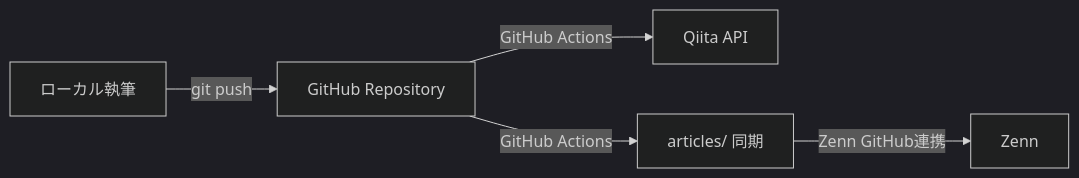
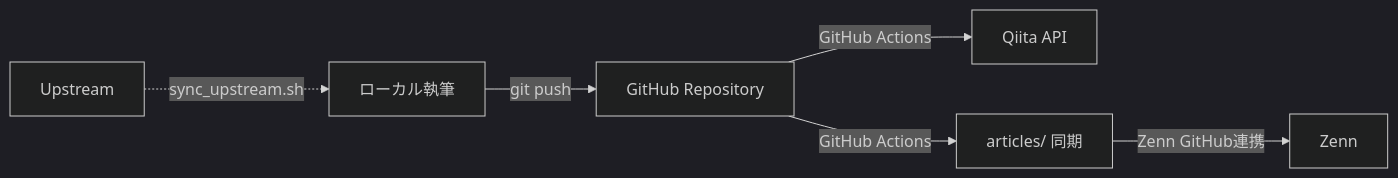
Before and after one commit to HiroyukiFuruno/katana-blogs: the first of 3 diagrams in ARCHITECTURE.md, drawn with Mermaid (dark theme). The commit also changed other lines of this file and 1 other file, not shown here.

Commit message:
docs: Upstream 同期手順の追加とアーキテクチャ図の更新

````diff
--- a/ARCHITECTURE.md
+++ b/ARCHITECTURE.md
@@ -9,7 +9,9 @@
 ```mermaid
 graph LR
     A[ローカル執筆] -->|git push| B[GitHub Repository]
     B -->|GitHub Actions| C[Qiita API]
     B -->|GitHub Actions| D[articles/ 同期]
     D -->|Zenn GitHub連携| E[Zenn]
+    
+    U[Upstream] -.->|sync_upstream.sh| A
 ```
````
